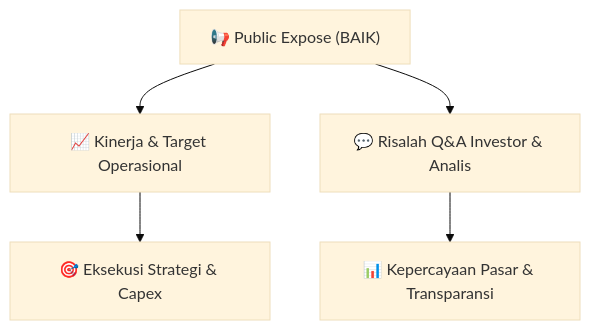
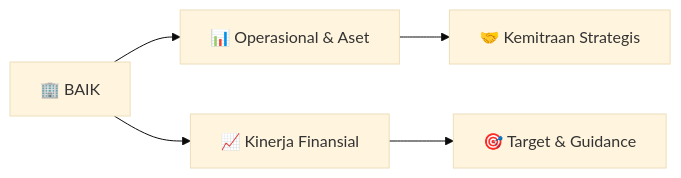
Before and after one commit to anYoneo/alphadigest-idx: the diagram in reports/summaries/public-exposes/informasi-pubex/BAIK_Public_Expose_20260903.md, drawn with Mermaid (base theme). The commit also changed other lines of this file and 526 other files, not shown here.

````diff
--- a/reports/summaries/public-exposes/informasi-pubex/BAIK_Public_Expose_20260903.md
+++ b/reports/summaries/public-exposes/informasi-pubex/BAIK_Public_Expose_20260903.md
@@ -36,7 +75,7 @@
 ```mermaid
-flowchart TD
-    A["📢 Public Expose (BAIK)"] --> B["📈 Kinerja & Target Operasional"]
-    A --> C["💬 Risalah Q&A Investor & Analis"]
-    B --> D["🎯 Eksekusi Strategi & Capex"]
-    C --> E["📊 Kepercayaan Pasar & Transparansi"]
+flowchart LR
+    A["🏢 BAIK"] --> B["📊 Operasional & Aset"]
+    A --> C["📈 Kinerja Finansial"]
+    B --> D["🤝 Kemitraan Strategis"]
+    C --> E["🎯 Target & Guidance"]
 ```
````
